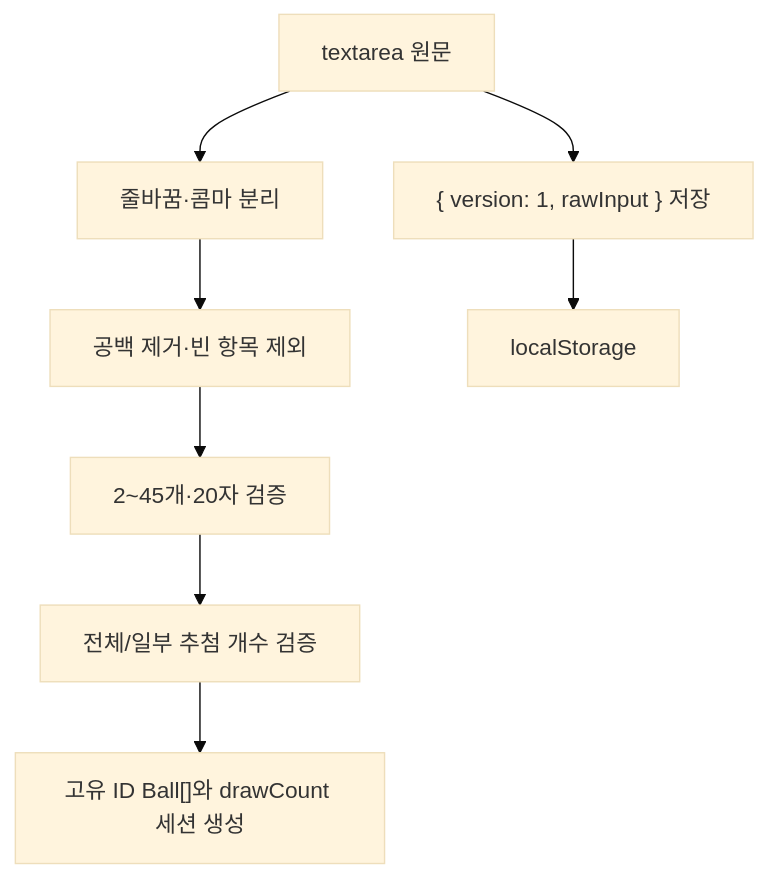
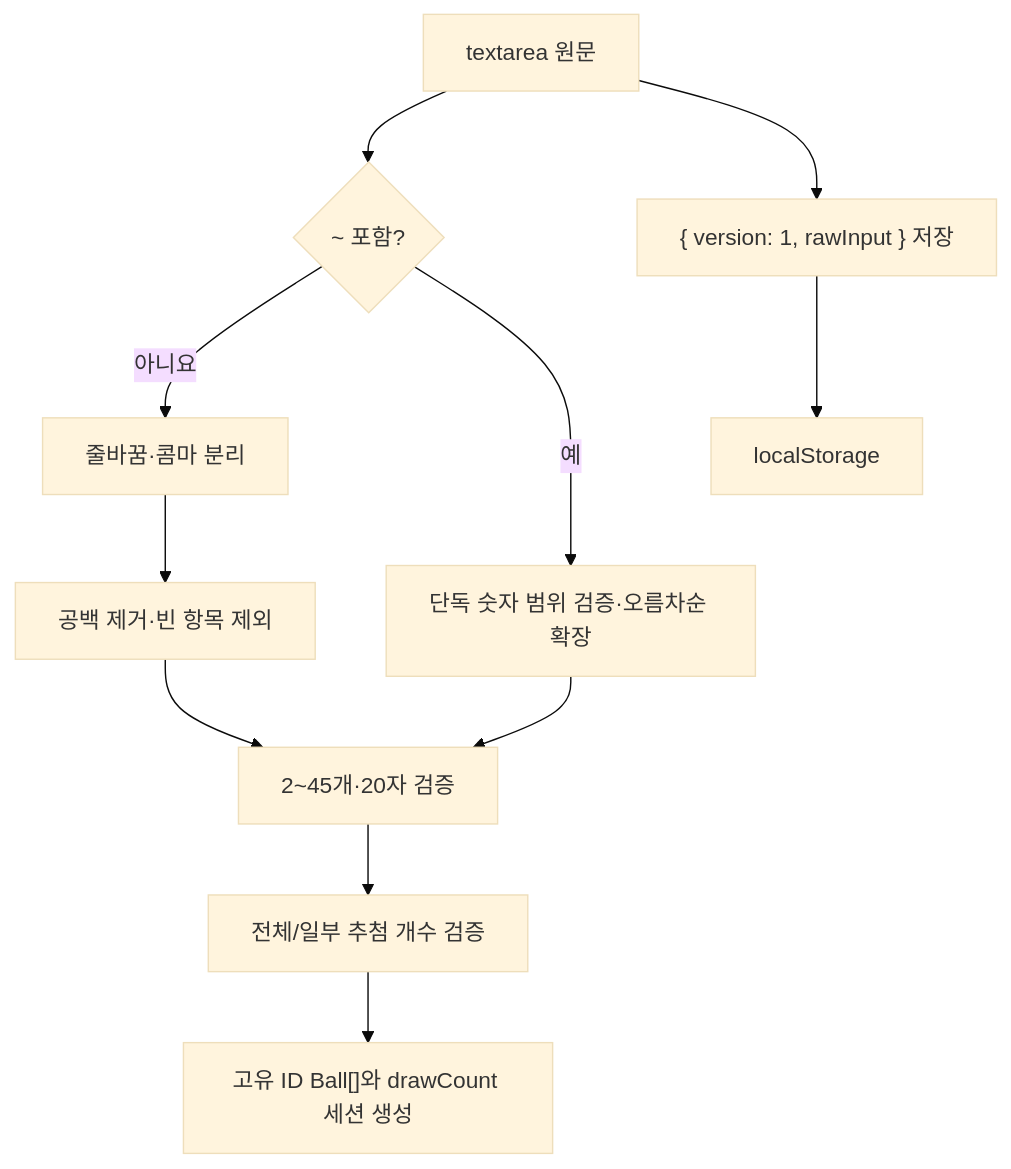
One commit to tinywolf/roulette changed the third of 3 diagrams in docs/architecture.md. Above: the diagram before and after it, drawn with Mermaid (base theme). The commit also changed other lines of this file and 8 other files, not shown here.

````diff
--- a/docs/architecture.md
+++ b/docs/architecture.md
@@ -141,10 +141,13 @@
 ```mermaid
 flowchart TD
-    Raw["textarea 원문"] --> Parse["줄바꿈·콤마 분리"]
+    Raw["textarea 원문"] --> Syntax{"~ 포함?"}
+    Syntax -->|아니요| Parse["줄바꿈·콤마 분리"]
     Parse --> Trim["공백 제거·빈 항목 제외"]
+    Syntax -->|예| Range["단독 숫자 범위 검증·오름차순 확장"]
     Trim --> Validate["2~45개·20자 검증"]
+    Range --> Validate
     Raw --> Persist["{ version: 1, rawInput } 저장"]
     Persist --> Local["localStorage"]
     Validate --> Count["전체/일부 추첨 개수 검증"]
     Count --> Balls["고유 ID Ball[]와 drawCount 세션 생성"]
 ```
````
